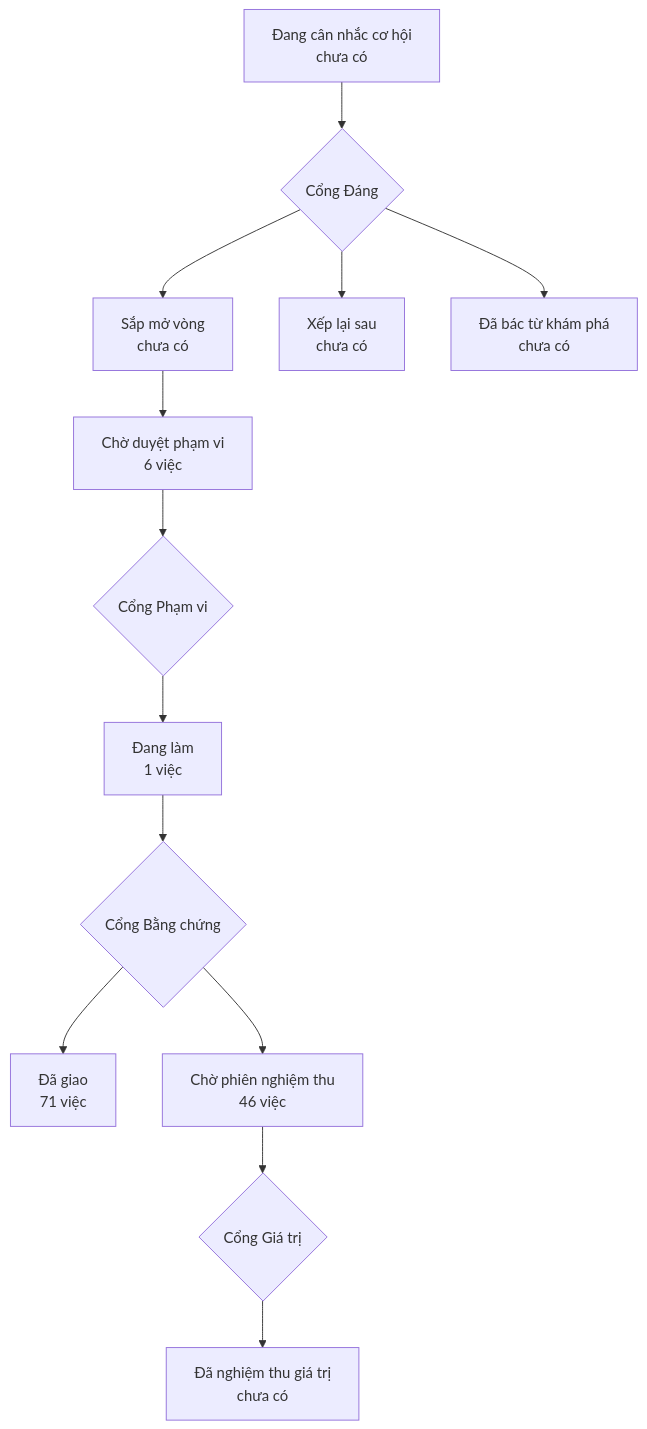
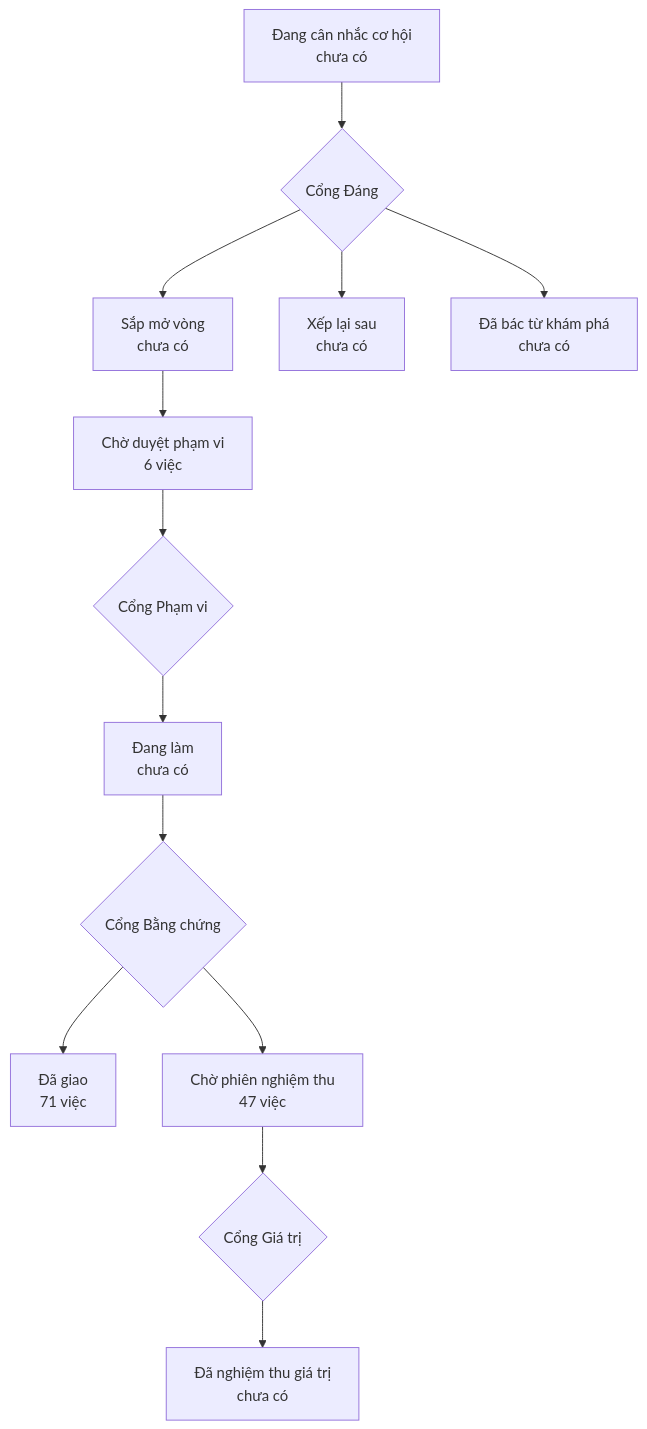
The diagram in PRODUCT-MAP.md (phanlemanh/onehub-invest), drawn with Mermaid before and after one commit. The commit also changed other lines of this file and 4 other files, not shown here.

````diff
--- a/PRODUCT-MAP.md
+++ b/PRODUCT-MAP.md
@@ -7,12 +7,12 @@
 ```mermaid
 flowchart TD
   A["Đang cân nhắc cơ hội<br/>chưa có"] --> GD{"Cổng Đáng"}
   GD --> B["Sắp mở vòng<br/>chưa có"]
   GD --> XL["Xếp lại sau<br/>chưa có"]
   GD --> DB["Đã bác từ khám phá<br/>chưa có"]
   B --> CD["Chờ duyệt phạm vi<br/>6 việc"] --> GP{"Cổng Phạm vi"}
-  GP --> DL["Đang làm<br/>1 việc"] --> GB{"Cổng Bằng chứng"}
+  GP --> DL["Đang làm<br/>chưa có"] --> GB{"Cổng Bằng chứng"}
   GB --> DG["Đã giao<br/>71 việc"]
-  GB --> CN["Chờ phiên nghiệm thu<br/>46 việc"] --> GG{"Cổng Giá trị"}
+  GB --> CN["Chờ phiên nghiệm thu<br/>47 việc"] --> GG{"Cổng Giá trị"}
   GG --> NT["Đã nghiệm thu giá trị<br/>chưa có"]
 ```
````
